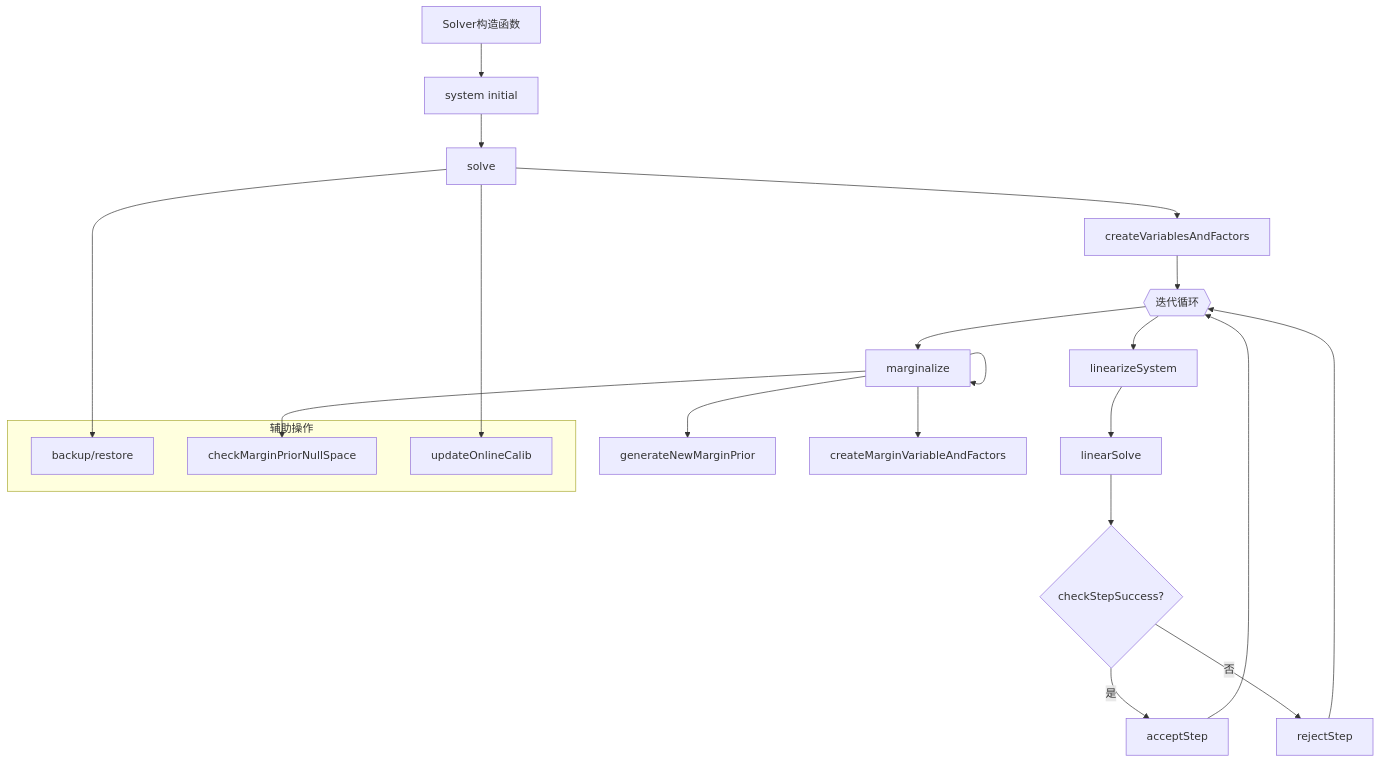
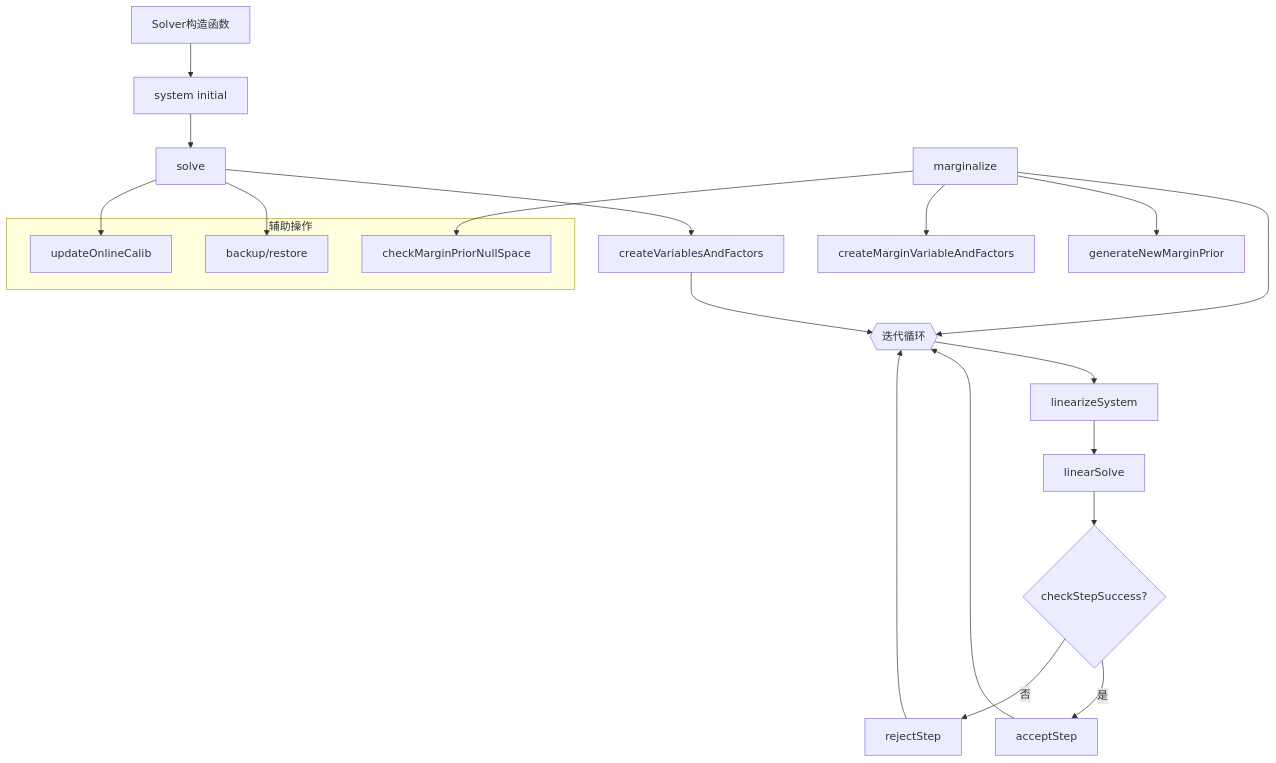
Before and after one commit to huzixuan1/iodraw-files: the diagram in all/未命名-2.md, drawn with Mermaid.

Commit message:
2025-04-17 09:25:26 update

````diff
--- a/all/未命名-2.md
+++ b/all/未命名-2.md
@@ -1,28 +1,27 @@
 ```mermaid
 
 graph TD
     A[Solver构造函数] --> B[system initial]
     B --> C[solve]
     C --> D[createVariablesAndFactors]
     D --> E{{迭代循环}}
     E --> F[linearizeSystem]
     F --> G[linearSolve]
     G --> H{checkStepSuccess?}
     H -- 是 --> I[acceptStep]
     H -- 否 --> J[rejectStep]
     I --> E
     J --> E
-    E --> K[marginalize]
-    K[marginalize] --> 
+    K[marginalize] --> E
     K --> L[generateNewMarginPrior]
     K --> M[createMarginVariableAndFactors]
     
     subgraph 辅助操作
         N[backup/restore]
         O[checkMarginPriorNullSpace]
         P[updateOnlineCalib]
     end
     C --> N
     K --> O
     C --> P
 ```
````
